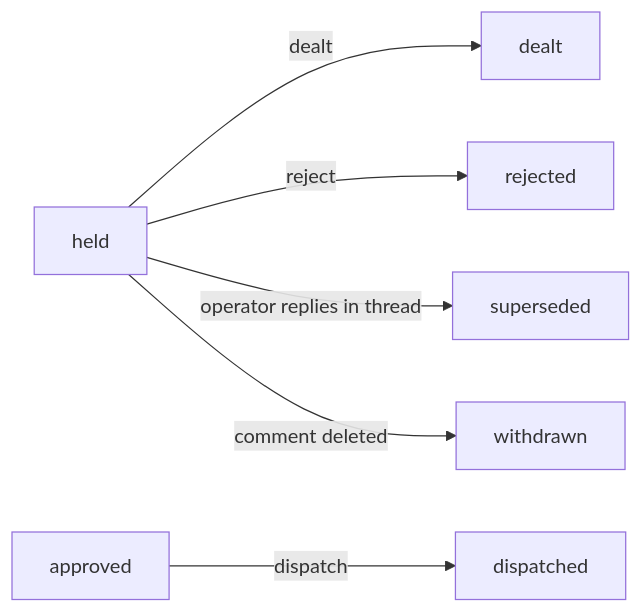
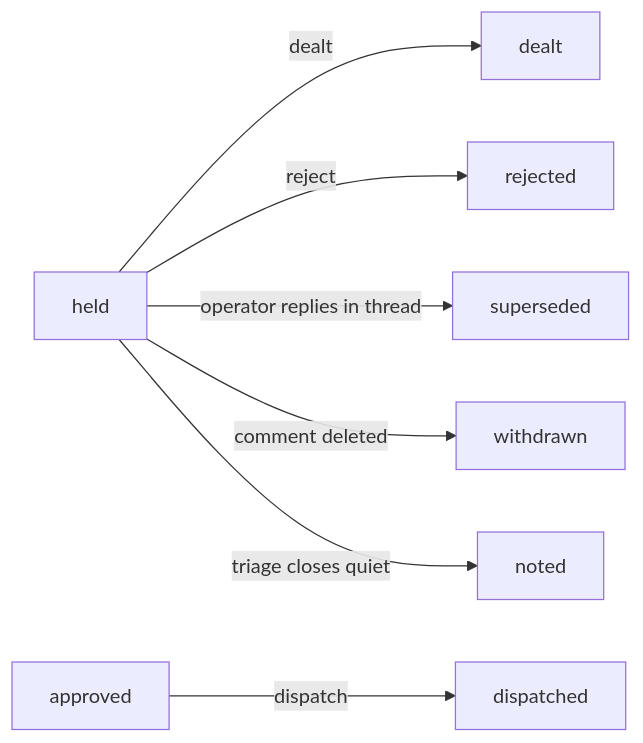
The second of 2 diagrams in docs/state-lifecycle.md (kenmclennan/lightcycle), drawn with Mermaid before and after one commit. The commit also changed other lines of this file and 2 other files, not shown here.

First line of the commit message:
docs(feedback): cover held-comment triage in ontology, state-lifecycle and README

````diff
--- a/docs/state-lifecycle.md
+++ b/docs/state-lifecycle.md
@@ -82,8 +82,9 @@
 ```mermaid
 graph LR
   held -->|dealt| dealt
   held -->|reject| rejected
   held -->|operator replies in thread| superseded
   held -->|comment deleted| withdrawn
+  held -->|triage closes quiet| noted
   approved -->|dispatch| dispatched
 ```
````
